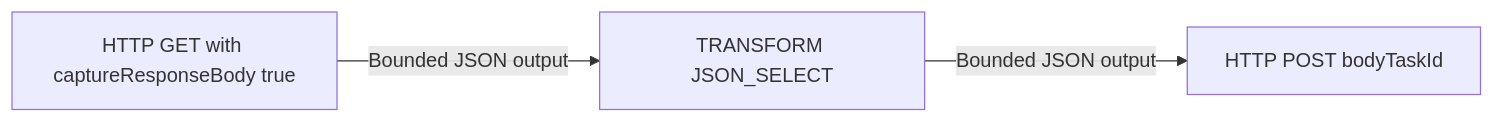
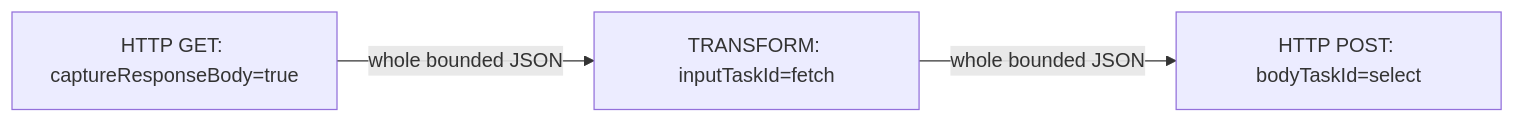
Before and after one commit to tarunkishore2303/conductor: the second of 3 diagrams in README.md, drawn with Mermaid. The commit also changed other lines of this file and 4 other files, not shown here.

````diff
--- a/README.md
+++ b/README.md
@@ -778,5 +126,5 @@
 ```mermaid
 flowchart LR
-    Fetch[HTTP GET with captureResponseBody true] -->|Bounded JSON output| Select[TRANSFORM JSON_SELECT]
-    Select -->|Bounded JSON output| Notify[HTTP POST bodyTaskId]
+    Get[HTTP GET: captureResponseBody=true] -->|whole bounded JSON| Transform[TRANSFORM: inputTaskId=fetch]
+    Transform -->|whole bounded JSON| Post[HTTP POST: bodyTaskId=select]
 ```
````
